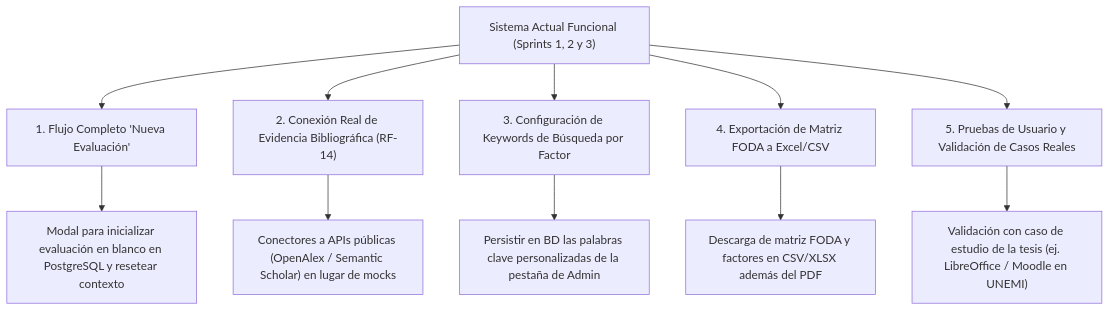
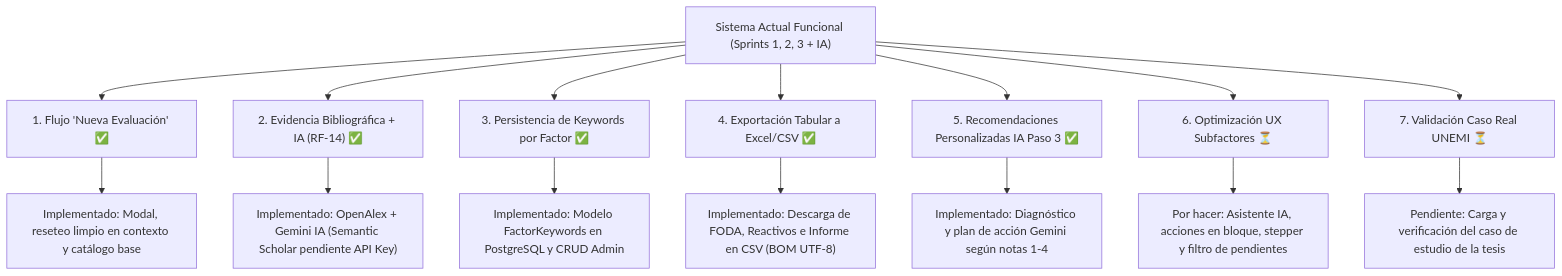
Before and after one commit to LuisAngulo02/GUIOS-: the second of 2 diagrams in docs/PLAN_DE_DESARROLLO.md, drawn with Mermaid. The commit also changed other lines of this file and 19 other files, not shown here.

First line of the commit message:
feat: integracion de IA y evidencia bibliografica (RF-14), recomendaciones ejecutivas y robustez de sesion

````diff
--- a/docs/PLAN_DE_DESARROLLO.md
+++ b/docs/PLAN_DE_DESARROLLO.md
@@ -135,14 +168,18 @@
 ```mermaid
 flowchart TD
-    A["Sistema Actual Funcional (Sprints 1, 2 y 3)"] --> B["1. Flujo Completo 'Nueva Evaluación'"]
-    A --> C["2. Conexión Real de Evidencia Bibliográfica (RF-14)"]
-    A --> D["3. Configuración de Keywords de Búsqueda por Factor"]
-    A --> E["4. Exportación de Matriz FODA a Excel/CSV"]
-    A --> F["5. Pruebas de Usuario y Validación de Casos Reales"]
+    A["Sistema Actual Funcional (Sprints 1, 2, 3 + IA)"] --> B["1. Flujo 'Nueva Evaluación' ✅"]
+    A --> C["2. Evidencia Bibliográfica + IA (RF-14) ✅"]
+    A --> D["3. Persistencia de Keywords por Factor ✅"]
+    A --> E["4. Exportación Tabular a Excel/CSV ✅"]
+    A --> G["5. Recomendaciones Personalizadas IA Paso 3 ✅"]
+    A --> H["6. Optimización UX Subfactores ⏳"]
+    A --> F["7. Validación Caso Real UNEMI ⏳"]
 
-    B --> B1["Modal para inicializar evaluación en blanco en PostgreSQL y resetear contexto"]
-    C --> C1["Conectores a APIs públicas (OpenAlex / Semantic Scholar) en lugar de mocks"]
-    D --> D1["Persistir en BD las palabras clave personalizadas de la pestaña de Admin"]
-    E --> E1["Descarga de matriz FODA y factores en CSV/XLSX además del PDF"]
-    F --> F1["Validación con caso de estudio de la tesis (ej. LibreOffice / Moodle en UNEMI)"]
+    B --> B1["Implementado: Modal, reseteo limpio en contexto y catálogo base"]
+    C --> C1["Implementado: OpenAlex + Gemini IA (Semantic Scholar pendiente API Key)"]
+    D --> D1["Implementado: Modelo FactorKeywords en PostgreSQL y CRUD Admin"]
+    E --> E1["Implementado: Descarga de FODA, Reactivos e Informe en CSV (BOM UTF-8)"]
+    G --> G1["Implementado: Diagnóstico y plan de acción Gemini según notas 1-4"]
+    H --> H1["Por hacer: Asistente IA, acciones en bloque, stepper y filtro de pendientes"]
+    F --> F1["Pendiente: Carga y verificación del caso de estudio de la tesis"]
 ```
````
